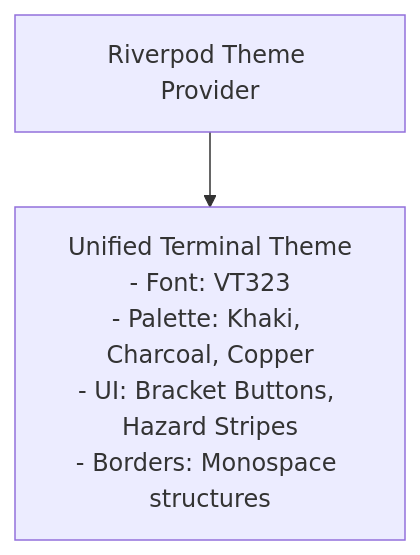
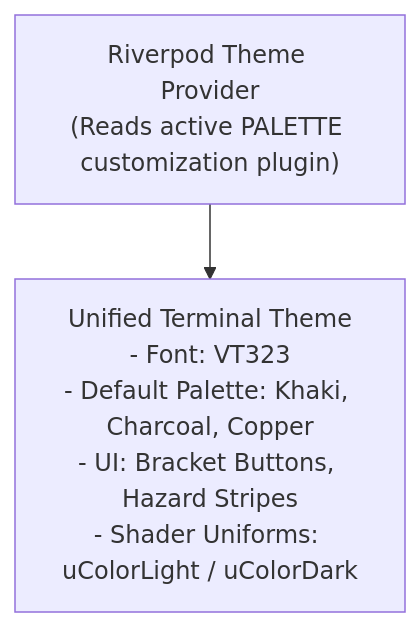
One commit to TheMrCorvy/HATCH.REF changed the diagram in Documentation/Design/01-design-system-and-theming.md. Above: the diagram before and after it, drawn with Mermaid. The commit also changed other lines of this file and 55 other files, not shown here.

````diff
--- a/Documentation/Design/01-design-system-and-theming.md
+++ b/Documentation/Design/01-design-system-and-theming.md
@@ -11,7 +11,7 @@
 ```mermaid
 flowchart TD
-    ThemeRoot["Riverpod Theme Provider"]
-    ThemeData["Unified Terminal Theme\n- Font: VT323\n- Palette: Khaki, Charcoal, Copper\n- UI: Bracket Buttons, Hazard Stripes\n- Borders: Monospace structures"]
+    ThemeRoot["Riverpod Theme Provider\n(Reads active PALETTE customization plugin)"]
+    ThemeData["Unified Terminal Theme\n- Font: VT323\n- Default Palette: Khaki, Charcoal, Copper\n- UI: Bracket Buttons, Hazard Stripes\n- Shader Uniforms: uColorLight / uColorDark"]
 
     ThemeRoot --> ThemeData
 ```
````
